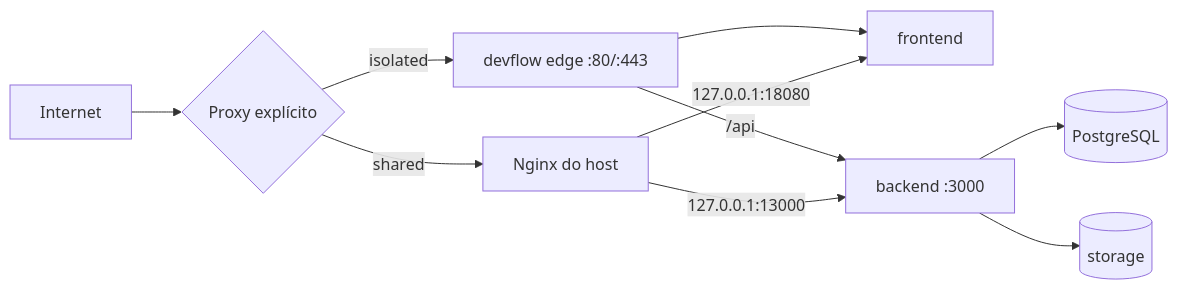
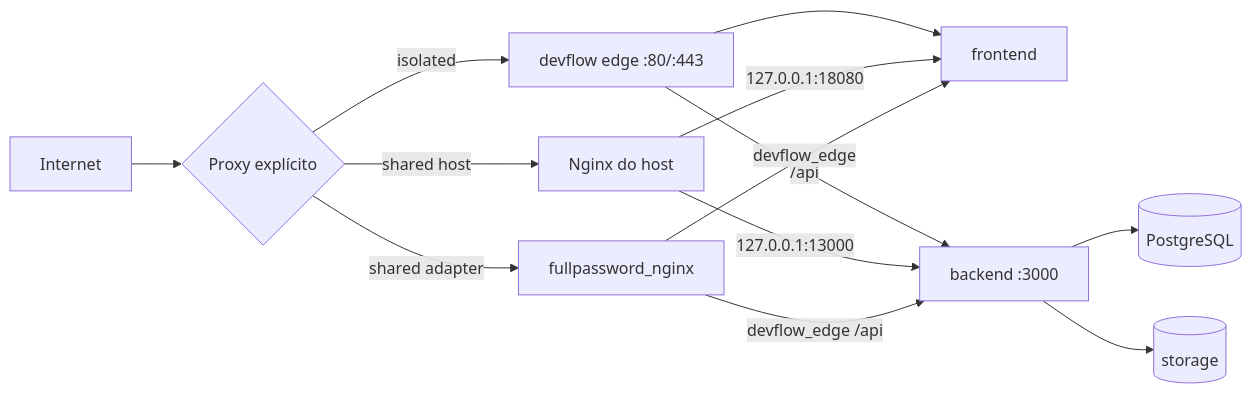
Before and after one commit to trinityrrocha/DevFlow: the diagram in docs/infrastructure/infrastructure.md, drawn with Mermaid. The commit also changed other lines of this file and 40 other files, not shown here.

````diff
--- a/docs/infrastructure/infrastructure.md
+++ b/docs/infrastructure/infrastructure.md
@@ -5,12 +5,15 @@
 ```mermaid
 flowchart LR
     I[Internet] --> P{Proxy explícito}
     P -->|isolated| E[devflow edge :80/:443]
-    P -->|shared| H[Nginx do host]
+    P -->|shared host| H[Nginx do host]
+    P -->|shared adapter| FP[fullpassword_nginx]
     E --> F[frontend]
     H -->|127.0.0.1:18080| F
     E -->|/api| B[backend :3000]
     H -->|127.0.0.1:13000| B
+    FP -->|devflow_edge| F
+    FP -->|devflow_edge /api| B
     B --> D[(PostgreSQL)]
     B --> S[(storage)]
 ```
````
